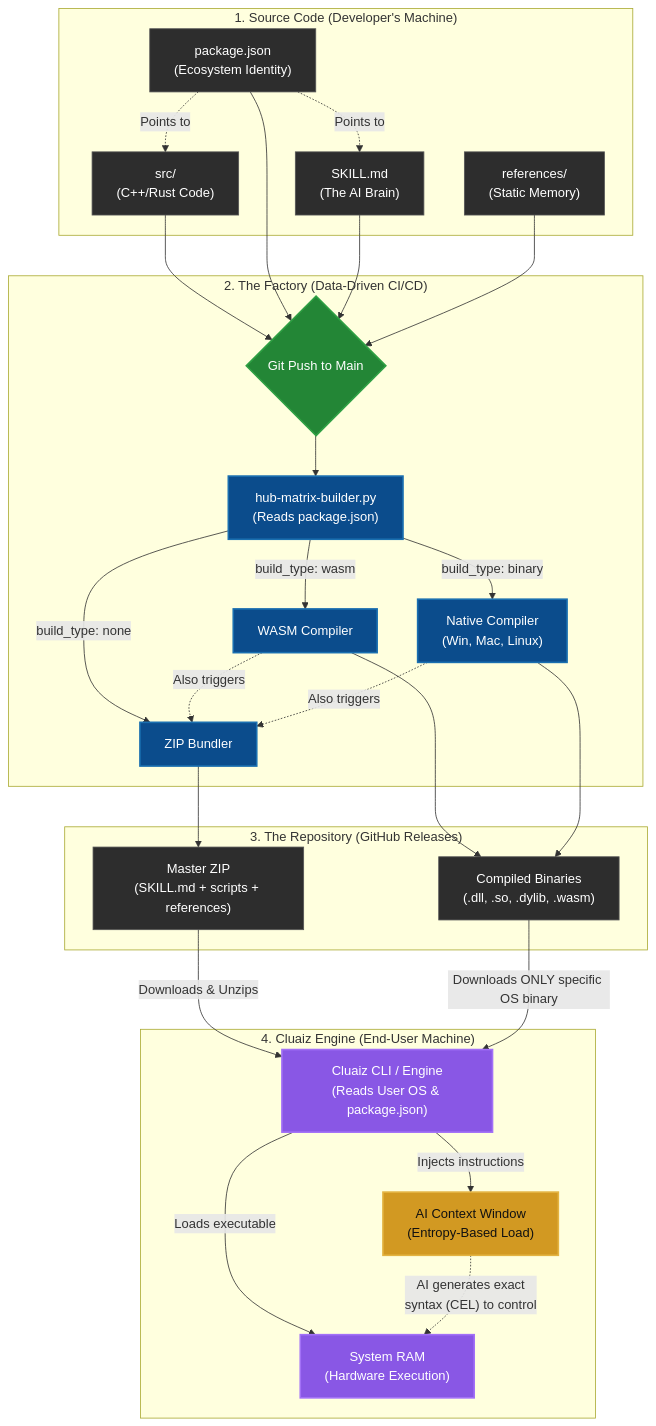
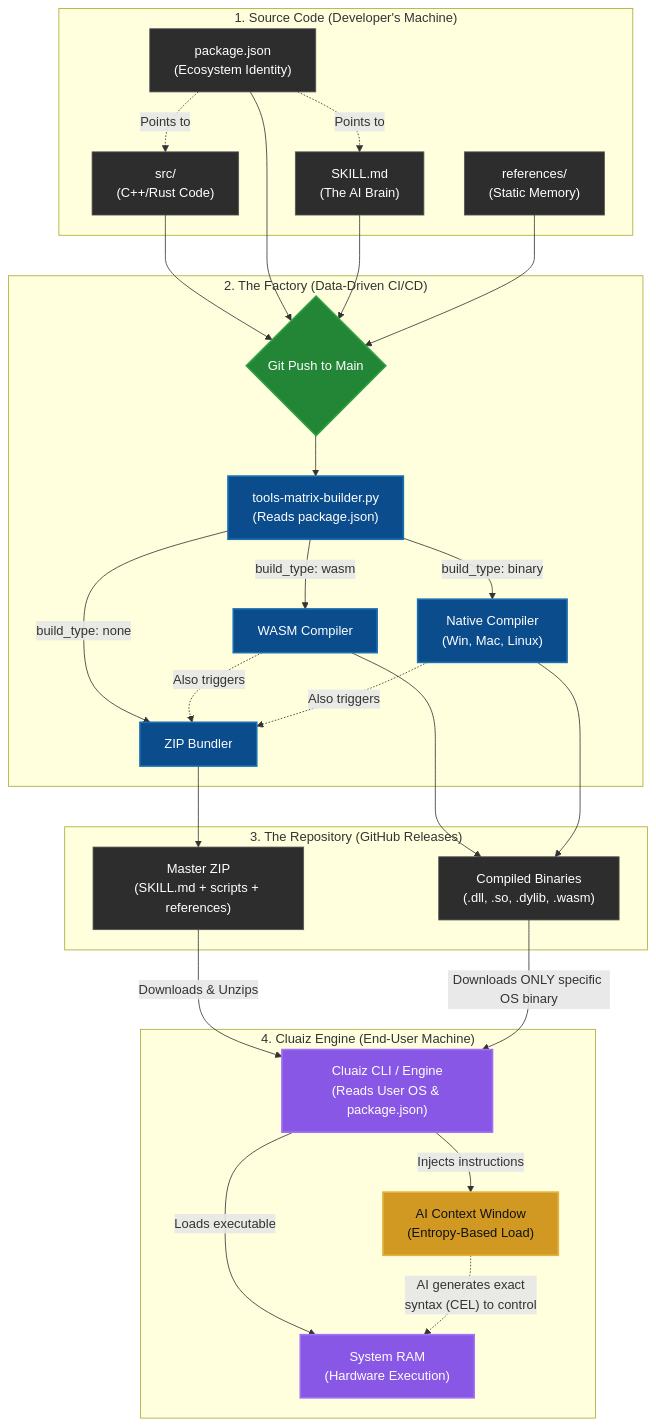
The diagram in docs/architecture/build-pipeline.md (cluaiz/cluaiz-tools), drawn with Mermaid before and after one commit. The commit also changed other lines of this file and 15 other files, not shown here.

Commit message:
docs(registry): standardize Hub terminology to Cluaiz Tools across documentation and manifests

````diff
--- a/docs/architecture/build-pipeline.md
+++ b/docs/architecture/build-pipeline.md
@@ -213,64 +213,64 @@
 ```mermaid
 graph TD
     %% Define Styles
     classDef file fill:#2d2d2d,stroke:#555,stroke-width:1px,color:#fff;
     classDef process fill:#0b4c8c,stroke:#1a6fb0,stroke-width:2px,color:#fff;
     classDef git fill:#238636,stroke:#2ea043,stroke-width:2px,color:#fff;
     classDef engine fill:#8957e5,stroke:#a371f7,stroke-width:2px,color:#fff;
     classDef ai fill:#d29922,stroke:#e3b341,stroke-width:2px,color:#111;
 
     subgraph "1. Source Code (Developer's Machine)"
         PKG["package.json<br>(Ecosystem Identity)"]:::file
         SKILL["SKILL.md<br>(The AI Brain)"]:::file
         SRC["src/<br>(C++/Rust Code)"]:::file
         REF["references/<br>(Static Memory)"]:::file
         
         PKG -.->|"Points to"| SKILL
         PKG -.->|"Points to"| SRC
     end
 
     subgraph "2. The Factory (Data-Driven CI/CD)"
         PUSH{"Git Push to Main"}:::git
-        PY["hub-matrix-builder.py<br>(Reads package.json)"]:::process
+        PY["tools-matrix-builder.py<br>(Reads package.json)"]:::process
         
         B_WASM["WASM Compiler"]:::process
         B_NAT["Native Compiler<br>(Win, Mac, Linux)"]:::process
         B_ZIP["ZIP Bundler"]:::process
 
         SRC --> PUSH
         PKG --> PUSH
         SKILL --> PUSH
         REF --> PUSH
         
         PUSH --> PY
         PY -- "build_type: wasm" --> B_WASM
         PY -- "build_type: binary" --> B_NAT
         PY -- "build_type: none" --> B_ZIP
         
         B_WASM -.->|"Also triggers"| B_ZIP
         B_NAT -.->|"Also triggers"| B_ZIP
     end
 
     subgraph "3. The Repository (GitHub Releases)"
         ZIP_REL["Master ZIP<br>(SKILL.md + scripts + references)"]:::file
         BIN_REL["Compiled Binaries<br>(.dll, .so, .dylib, .wasm)"]:::file
         
         B_ZIP --> ZIP_REL
         B_WASM --> BIN_REL
         B_NAT --> BIN_REL
     end
 
     subgraph "4. Cluaiz Engine (End-User Machine)"
         CLI["Cluaiz CLI / Engine<br>(Reads User OS & package.json)"]:::engine
         RAM["System RAM<br>(Hardware Execution)"]:::engine
         LLM["AI Context Window<br>(Entropy-Based Load)"]:::ai
         
         ZIP_REL -- "Downloads & Unzips" --> CLI
         BIN_REL -- "Downloads ONLY specific OS binary" --> CLI
         
         CLI -- "Injects instructions" --> LLM
         CLI -- "Loads executable" --> RAM
         
         LLM -.->|"AI generates exact<br>syntax (CEL) to control"| RAM
     end
 ```
````
